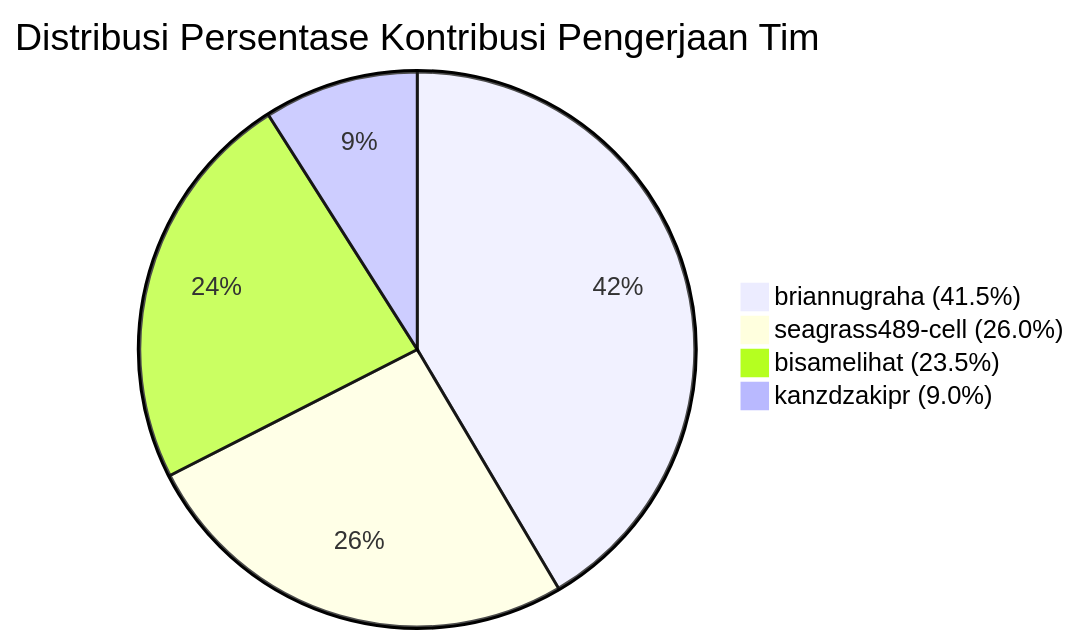
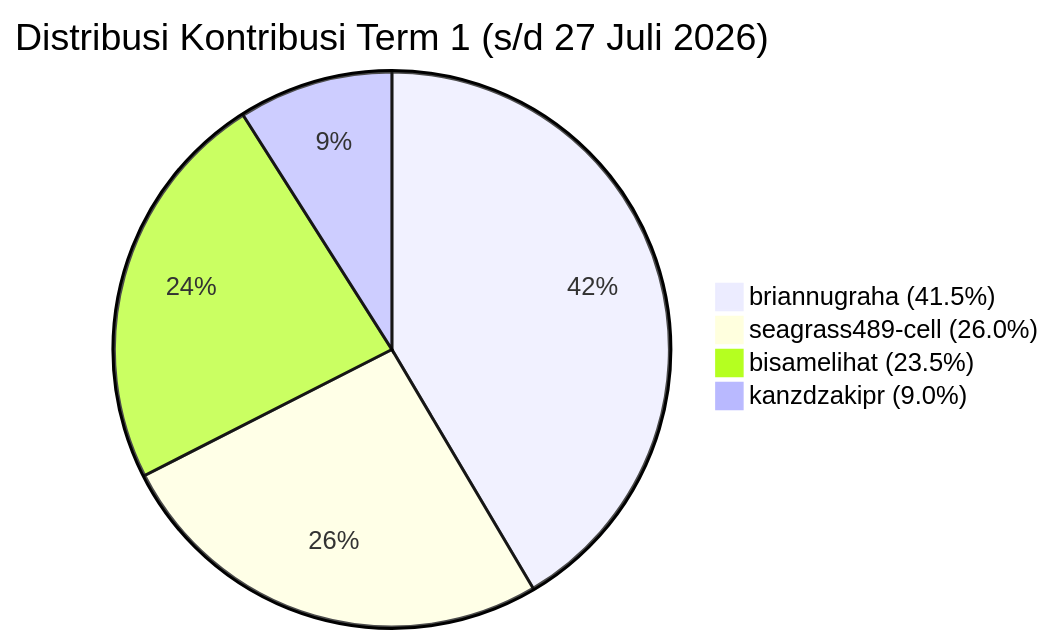
The second of 3 diagrams in KONTRIBUSI_TIM.md (kanzdzakipr/ServicePlan-BRA), drawn with Mermaid before and after one commit. The commit also changed other lines of this file, not shown here.

````diff
--- a/KONTRIBUSI_TIM.md
+++ b/KONTRIBUSI_TIM.md
@@ -31,7 +68,7 @@
 ```mermaid
-pie title Distribusi Persentase Kontribusi Pengerjaan Tim
+pie title Distribusi Kontribusi Term 1 (s/d 27 Juli 2026)
     "briannugraha (41.5%)" : 41.5
     "seagrass489-cell (26.0%)" : 26.0
     "bisamelihat (23.5%)" : 23.5
     "kanzdzakipr (9.0%)" : 9.0
 ```
````
